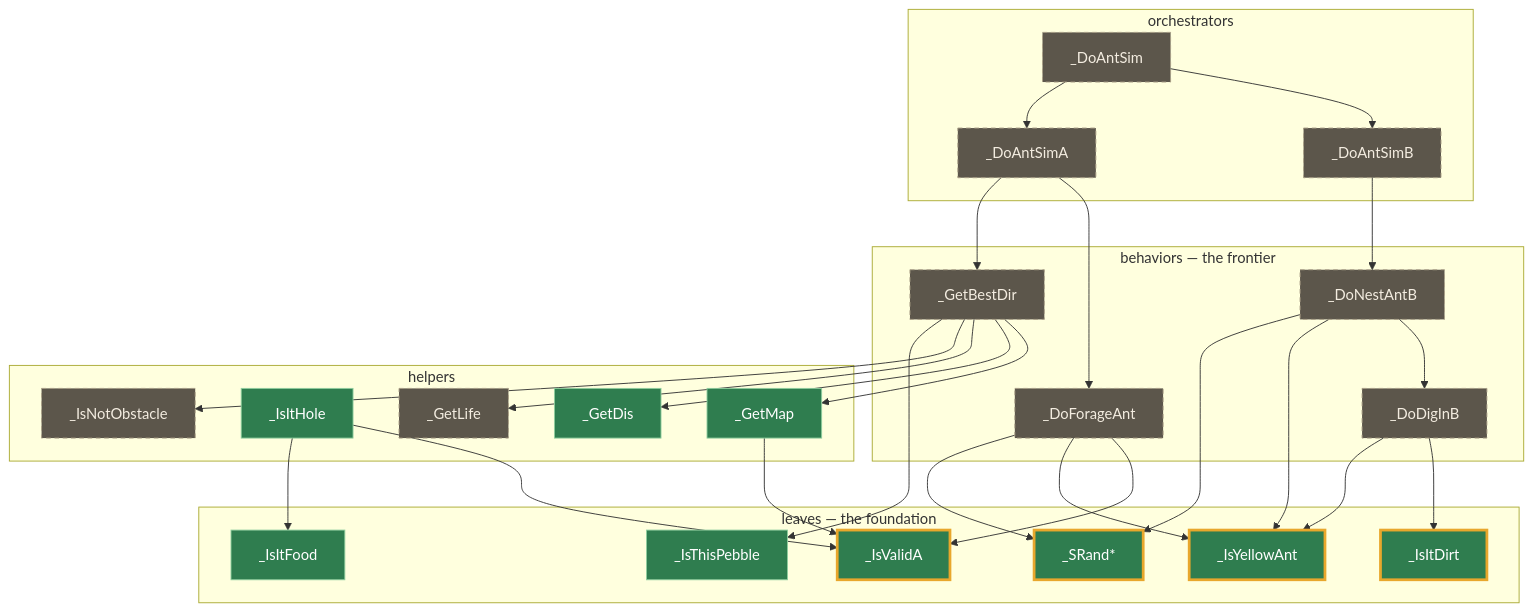
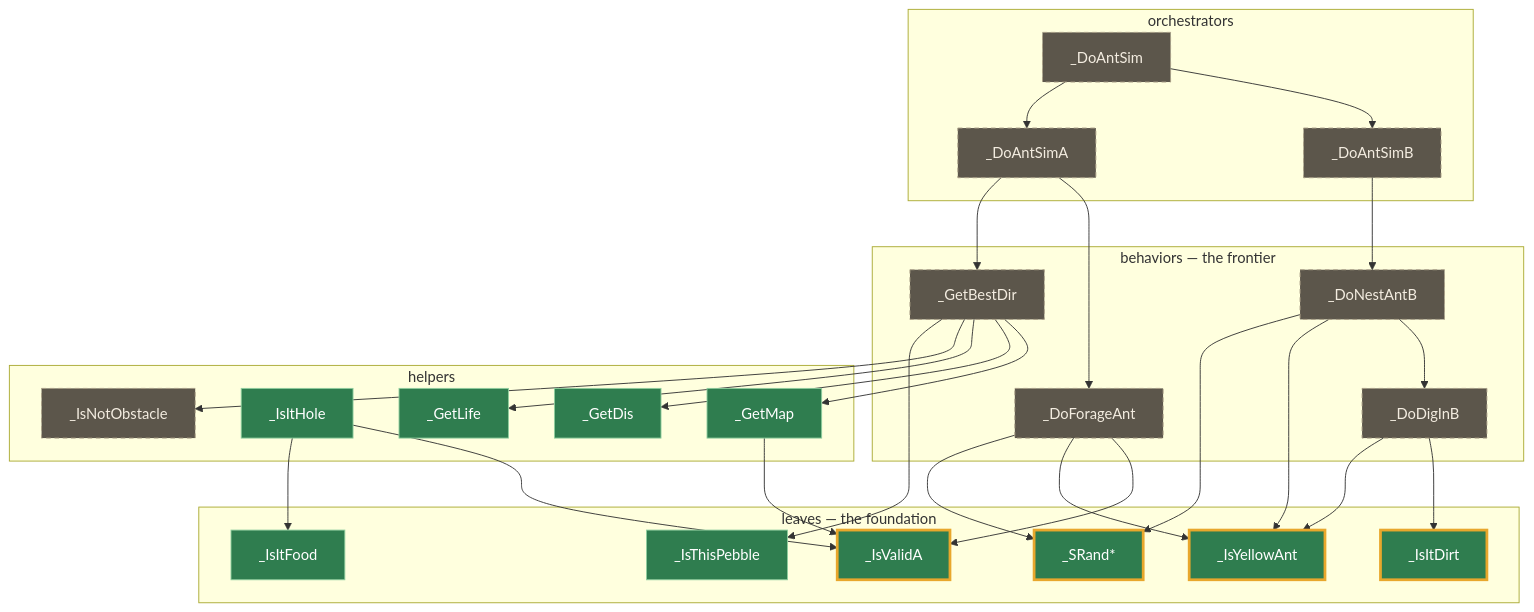
The diagram in README.md (missingno7/simant_port), drawn with Mermaid before and after one commit. The commit also changed other lines of this file and 4 other files, not shown here.

````diff
--- a/README.md
+++ b/README.md
@@ -36,45 +36,45 @@
 ```mermaid
 flowchart TD
   subgraph L1["orchestrators"]
     das["_DoAntSim"]
     dab["_DoAntSimB"]
     daa["_DoAntSimA"]
   end
   subgraph L2["behaviors — the frontier"]
     dnb["_DoNestAntB"]
     dfor["_DoForageAnt"]
     gbd["_GetBestDir"]
     ddig["_DoDigInB"]
   end
   subgraph L3["helpers"]
     gmap["_GetMap"]
     ihole["_IsItHole"]
     gdis["_GetDis"]
     glife["_GetLife"]
     inobs["_IsNotObstacle"]
   end
   subgraph L4["leaves — the foundation"]
     iva["_IsValidA"]
     idirt["_IsItDirt"]
     iyel["_IsYellowAnt"]
     ifood["_IsItFood"]
     ipeb["_IsThisPebble"]
     srand["_SRand*"]
   end
   das --> dab & daa
   dab --> dnb
   daa --> dfor & gbd
   dnb --> ddig & iyel & srand
   dfor --> iva & iyel & srand
   gbd --> gmap & gdis & glife & inobs & ipeb
   ddig --> idirt & iyel
   gmap --> iva
   ihole --> iva & ifood
 
   classDef done fill:#2f7d4f,stroke:#8fce9e,color:#fff;
   classDef load fill:#2f7d4f,stroke:#e8a72c,stroke-width:3px,color:#fff;
   classDef front fill:#5c564b,stroke:#a99e86,color:#f3ece0,stroke-dasharray:5 4;
-  class gmap,ihole,ifood,ipeb,gdis done;
+  class gmap,ihole,ifood,ipeb,gdis,glife done;
   class iva,idirt,iyel,srand load;
-  class das,dab,daa,dnb,dfor,gbd,ddig,glife,inobs front;
+  class das,dab,daa,dnb,dfor,gbd,ddig,inobs front;
 ```
````
